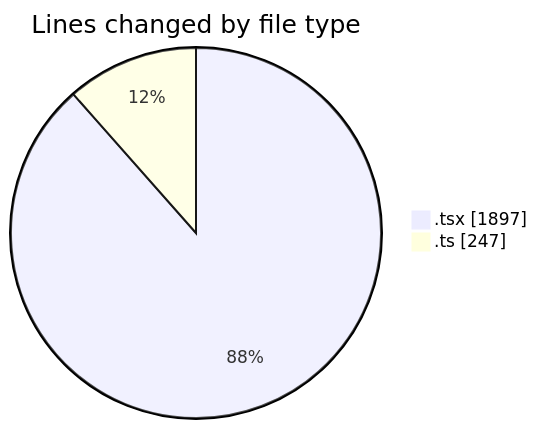
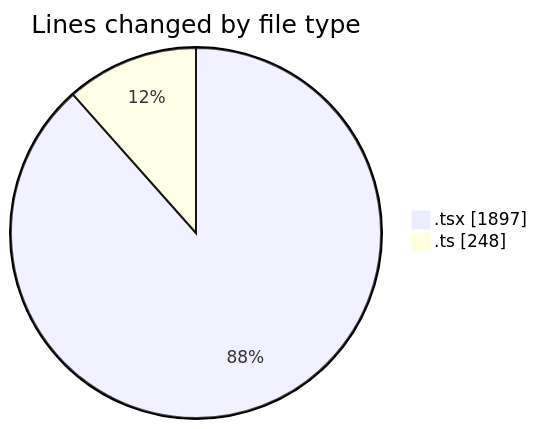
Before and after one commit to nxtqubesakshisongat/code-tracking: the first of 2 diagrams in 2026-05-14/nxtqube_webapp/README.md, drawn with Mermaid. The commit also changed other lines of this file and 1 other file, not shown here.

````diff
--- a/2026-05-14/nxtqube_webapp/README.md
+++ b/2026-05-14/nxtqube_webapp/README.md
@@ -22,6 +22,6 @@
 ```mermaid
 pie showData
 title Lines changed by file type
 ".tsx" : 1897
-".ts" : 247
+".ts" : 248
 ```
````
